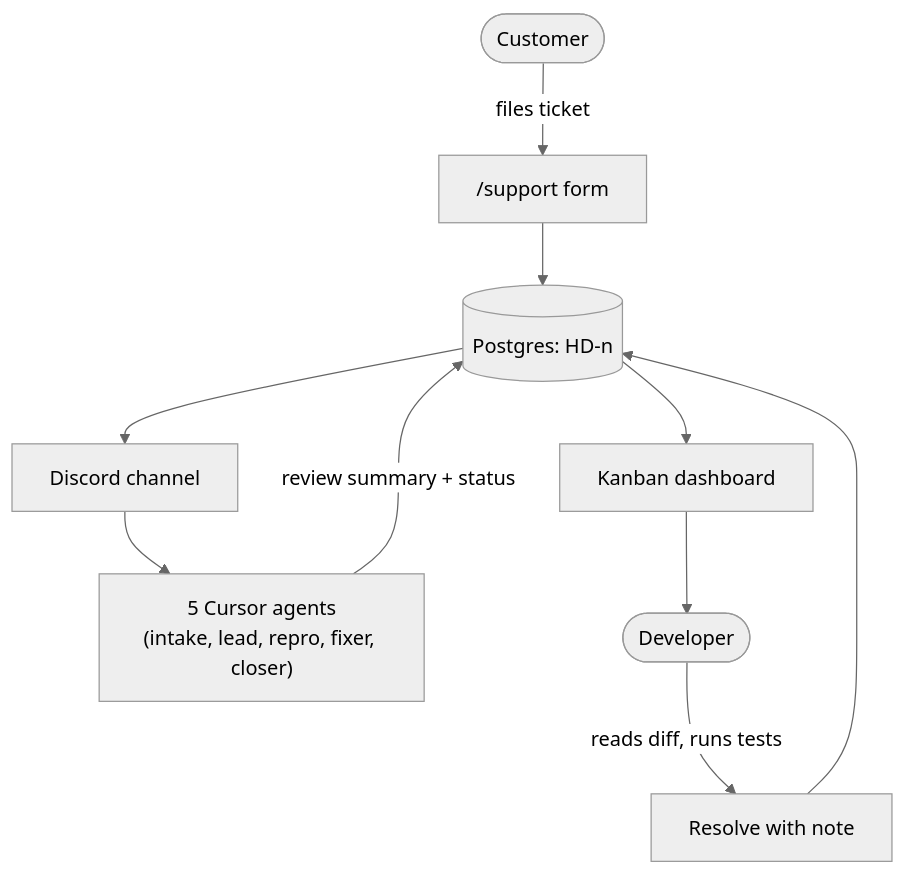
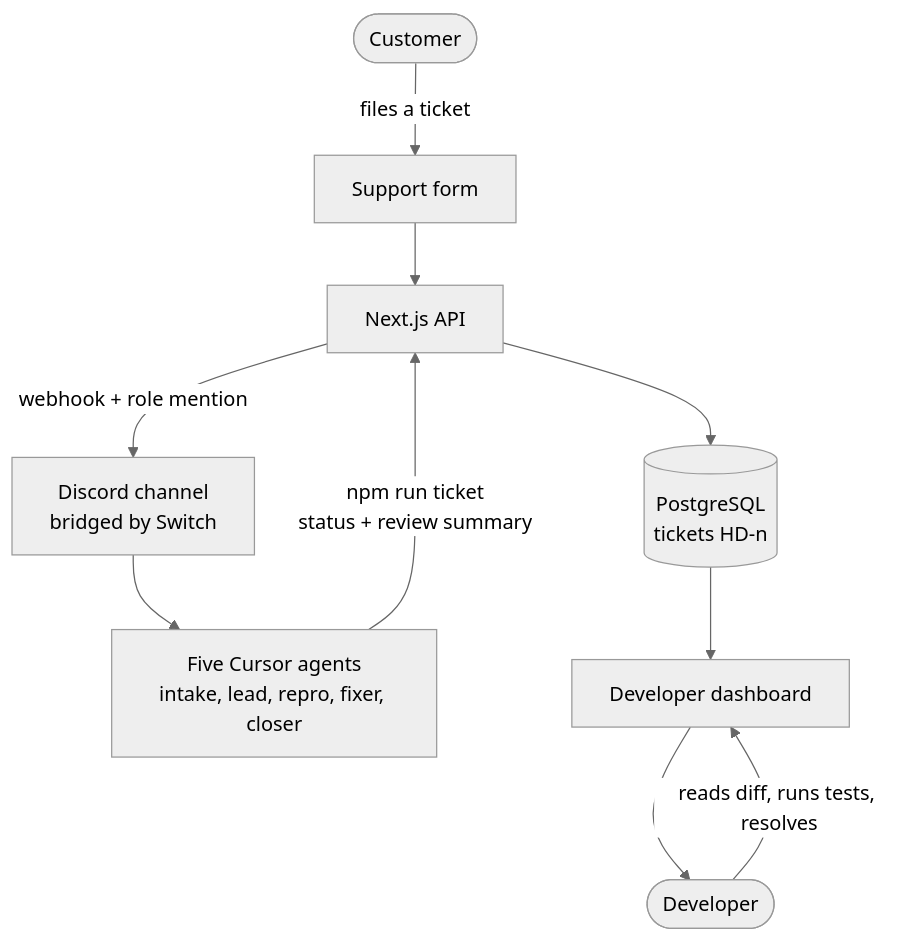
One commit to Sanradhya/help-desk changed the first of 5 diagrams in README.md. Above: the diagram before and after it, drawn with Mermaid (neutral theme). The commit also changed other lines of this file, not shown here.

````diff
--- a/README.md
+++ b/README.md
@@ -17,12 +41,12 @@
 ```mermaid
 flowchart TD
-  C([Customer]) -->|files ticket| F["/support form"]
-  F --> DB[(Postgres: HD-n)]
-  DB --> K["Kanban dashboard"]
-  DB --> D["Discord channel"]
-  D --> A["5 Cursor agents<br/>(intake, lead, repro, fixer, closer)"]
-  A -->|review summary + status| DB
-  K --> Dev([Developer])
-  Dev -->|reads diff, runs tests| R["Resolve with note"]
-  R --> DB
+    C(["Customer"]) -->|"files a ticket"| F["Support form"]
+    F --> API["Next.js API"]
+    API --> DB[("PostgreSQL<br/>tickets HD-n")]
+    API -->|"webhook + role mention"| D["Discord channel<br/>bridged by Switch"]
+    D --> A["Five Cursor agents<br/>intake, lead, repro, fixer, closer"]
+    A -->|"npm run ticket<br/>status + review summary"| API
+    DB --> K["Developer dashboard"]
+    K --> Dev(["Developer"])
+    Dev -->|"reads diff, runs tests, resolves"| K
 ```
````
